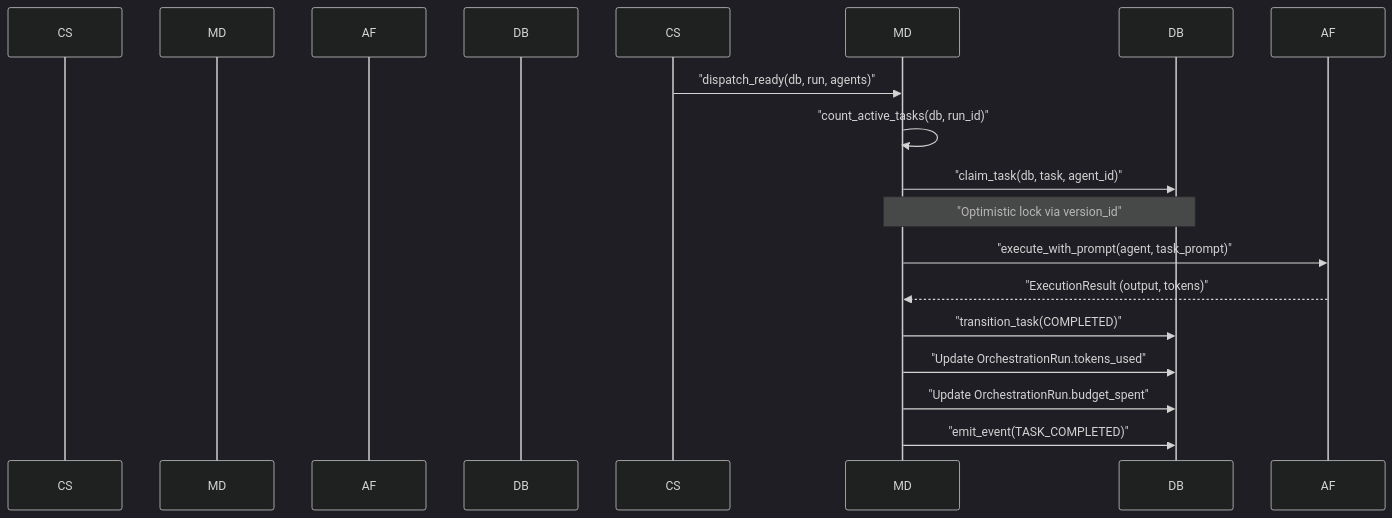
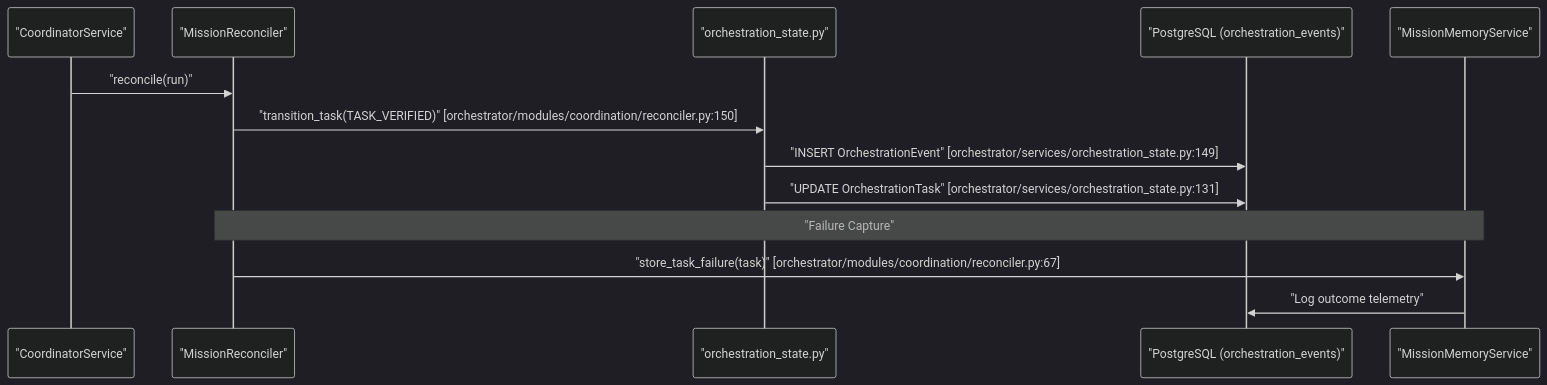
The second of 2 diagrams in docs/missions-multi-agent-coordination/budget-governance-telemetry.md (AutomatosAI/automatos-ai), drawn with Mermaid (dark theme) before and after one commit. The commit also changed other lines of this file and 153 other files, not shown here.

````diff
--- a/docs/missions-multi-agent-coordination/budget-governance-telemetry.md
+++ b/docs/missions-multi-agent-coordination/budget-governance-telemetry.md
@@ -131,20 +130,17 @@
 ```mermaid
 sequenceDiagram
-    participant "CoordinatorService" as CS
-    participant "MissionDispatcher" as MD
-    participant "AgentFactory" as AF
-    participant "PostgreSQL" as DB
+    participant CS as "CoordinatorService"
+    participant MR as "MissionReconciler"
+    participant OS as "orchestration_state.py"
+    participant DB as "PostgreSQL (orchestration_events)"
+    participant MS as "MissionMemoryService"
 
-    CS->>MD: "dispatch_ready(db, run, agents)"
-    MD->>MD: "count_active_tasks(db, run_id)"
-    MD->>DB: "claim_task(db, task, agent_id)"
-    Note over MD,DB: "Optimistic lock via version_id"
+    CS->>MR: "reconcile(run)"
+    MR->>OS: "transition_task(TASK_VERIFIED)" [orchestrator/modules/coordination/reconciler.py:150]
+    OS->>DB: "INSERT OrchestrationEvent" [orchestrator/services/orchestration_state.py:149]
+    OS->>DB: "UPDATE OrchestrationTask" [orchestrator/services/orchestration_state.py:131]
     
-    MD->>AF: "execute_with_prompt(agent, task_prompt)"
-    AF-->>MD: "ExecutionResult (output, tokens)"
-    
-    MD->>DB: "transition_task(COMPLETED)"
-    MD->>DB: "Update OrchestrationRun.tokens_used"
-    MD->>DB: "Update OrchestrationRun.budget_spent"
-    MD->>DB: "emit_event(TASK_COMPLETED)"
+    Note over MR,MS: "Failure Capture"
+    MR->>MS: "store_task_failure(task)" [orchestrator/modules/coordination/reconciler.py:67]
+    MS->>DB: "Log outcome telemetry"
 ```
````
